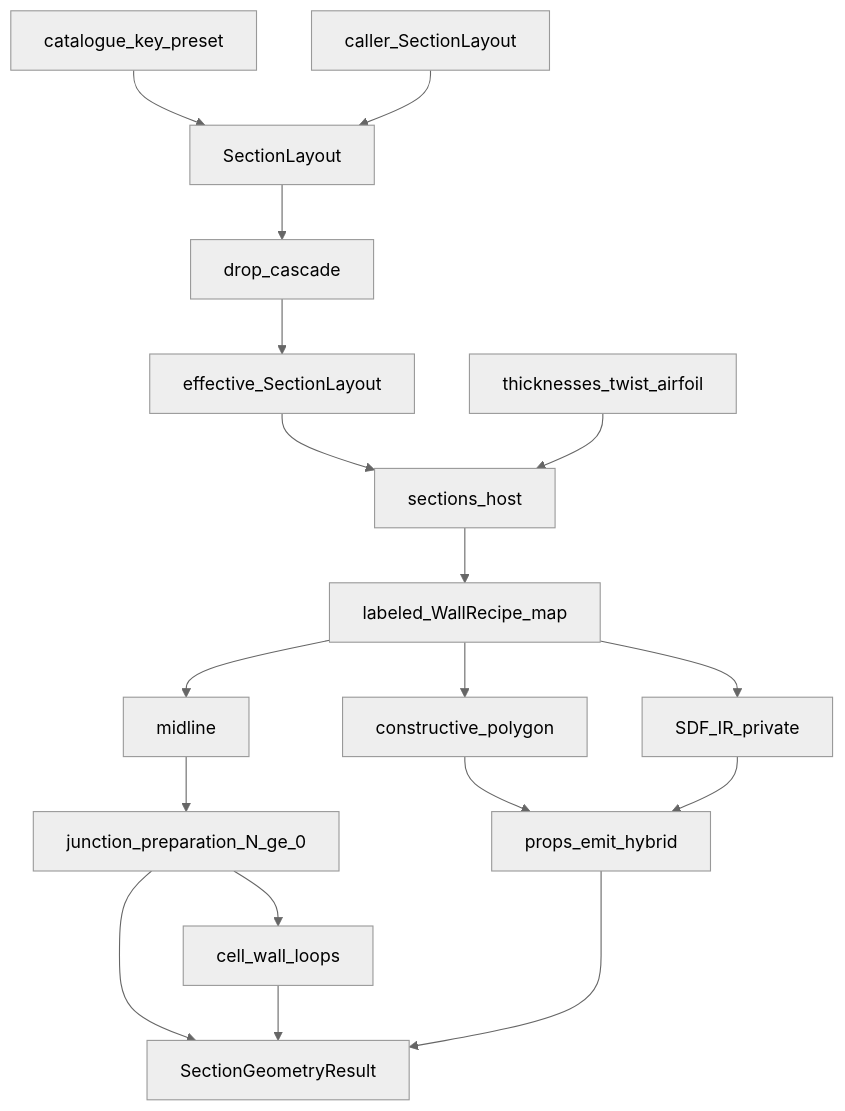
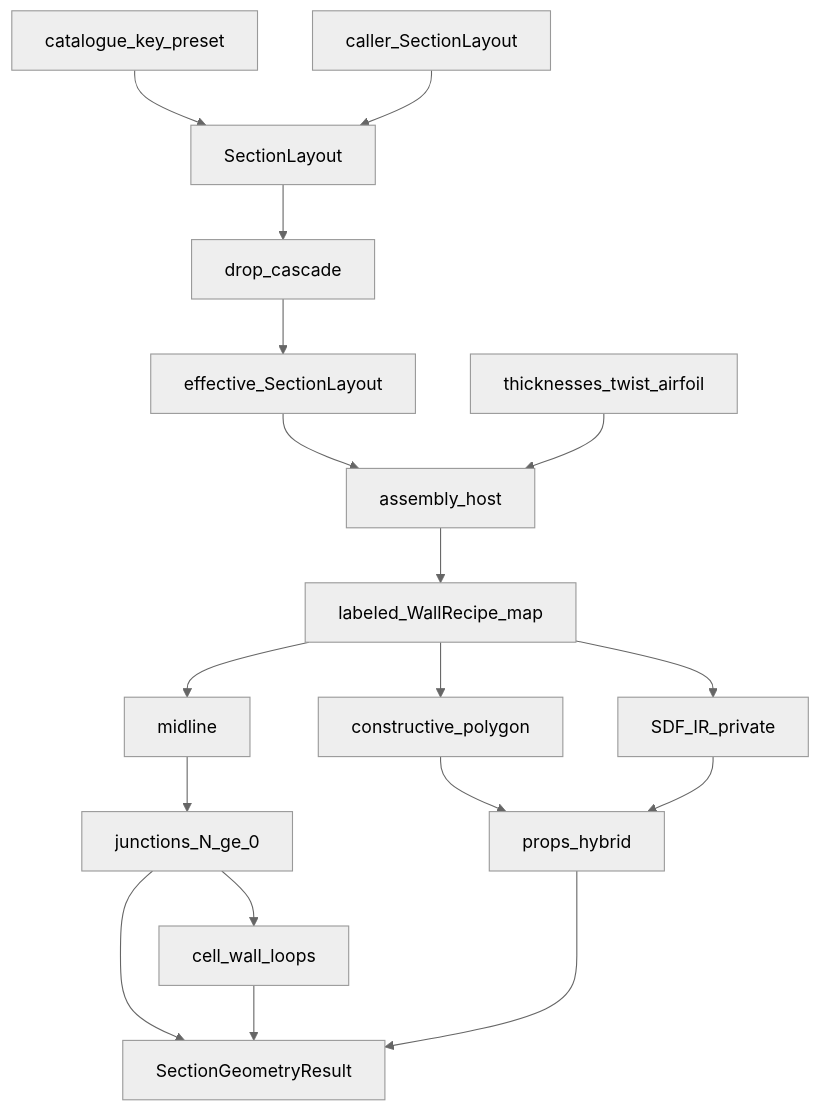
Before and after one commit to samhughes-fea/implicit-geometry-kernel: the diagram in docs/section/reference/G_ROW_OWNERSHIP_MATRIX.md, drawn with Mermaid (neutral theme). The commit also changed other lines of this file and 406 other files, not shown here.

````diff
--- a/docs/section/reference/G_ROW_OWNERSHIP_MATRIX.md
+++ b/docs/section/reference/G_ROW_OWNERSHIP_MATRIX.md
@@ -62,20 +65,20 @@
 ```mermaid
 flowchart TB
   Preset["catalogue_key_preset"] --> SL[SectionLayout]
   Caller[caller_SectionLayout] --> SL
   SL --> Resolve[drop_cascade]
   Resolve --> Eff[effective_SectionLayout]
-  Eff --> Assemble[sections_host]
+  Eff --> Assemble[assembly_host]
   DV[thicknesses_twist_airfoil] --> Assemble
   Assemble --> Recipes["labeled_WallRecipe_map"]
   Recipes --> SdfIr[SDF_IR_private]
   Recipes --> Poly[constructive_polygon]
   Recipes --> Mid[midline]
-  Mid --> Topo[junction_preparation_N_ge_0]
+  Mid --> Topo[junctions_N_ge_0]
   Topo --> Loops[cell_wall_loops]
-  Poly --> Props[props_emit_hybrid]
+  Poly --> Props[props_hybrid]
   SdfIr --> Props
   Topo --> Result[SectionGeometryResult]
   Loops --> Result
   Props --> Result
 ```
````
